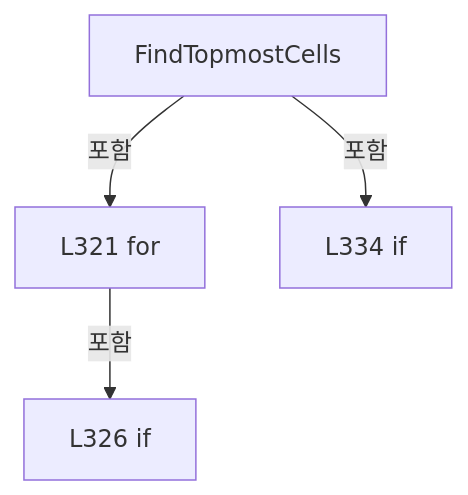
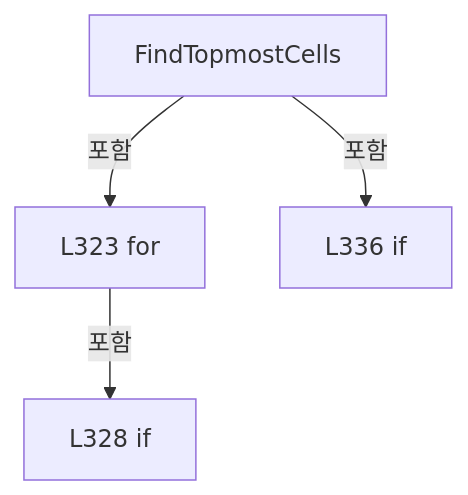
Before and after one commit to kjuws10-rgb/Shared: the sixth of 11 diagrams in A3 LD Code Ref/files/Drilling.Common/Review/CAutoFineReviewCoordinator.cs.md, drawn with Mermaid. The commit also changed other lines of this file and 2071 other files, not shown here.

Commit message:
docs(a3): update 11.19.0 architecture and code reference

````diff
--- a/A3 LD Code Ref/files/Drilling.Common/Review/CAutoFineReviewCoordinator.cs.md
+++ b/A3 LD Code Ref/files/Drilling.Common/Review/CAutoFineReviewCoordinator.cs.md
@@ -1336,10 +1338,10 @@
 ```mermaid
 flowchart TD
  M["FindTopmostCells"]
- N0["L321 for"]
+ N0["L323 for"]
  M -->|포함| N0
- N1["L326 if"]
+ N1["L328 if"]
  N0 -->|포함| N1
- N2["L334 if"]
+ N2["L336 if"]
  M -->|포함| N2
 ```
````
